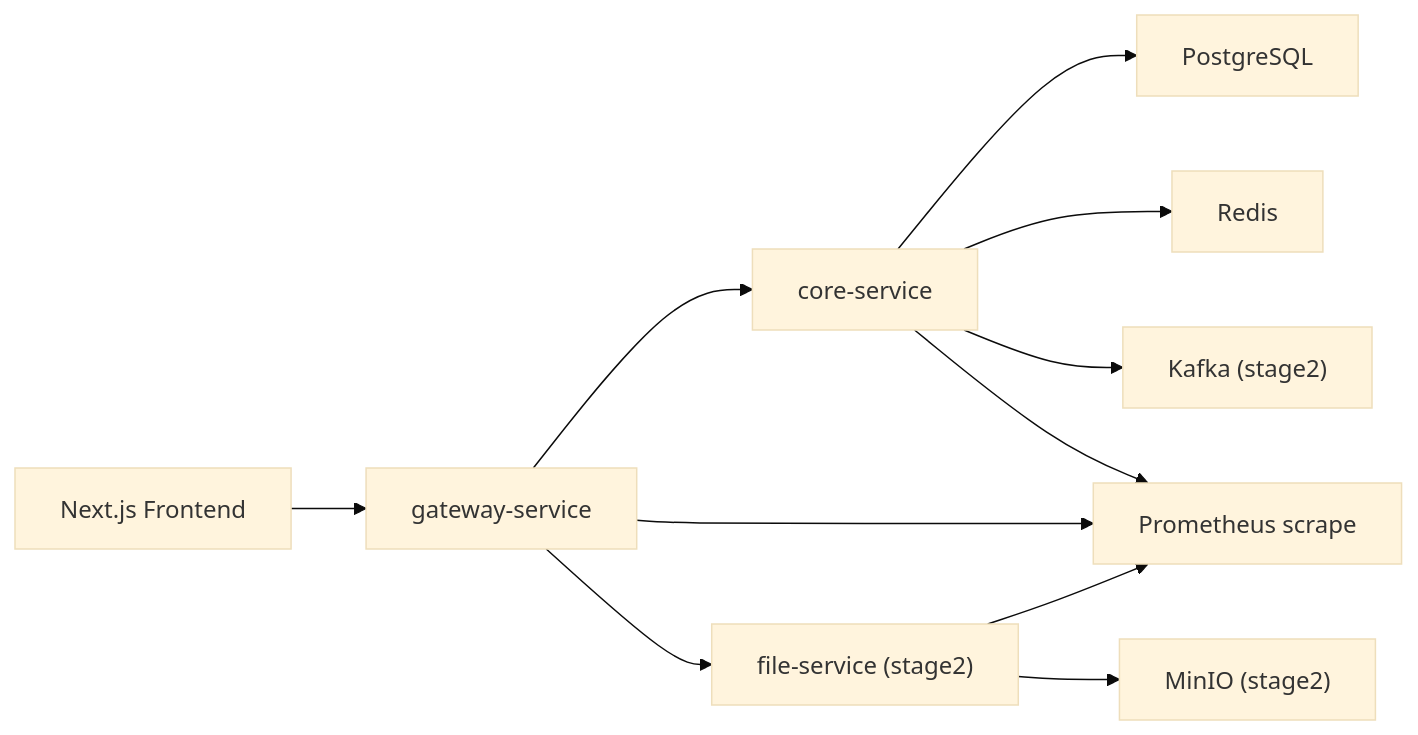
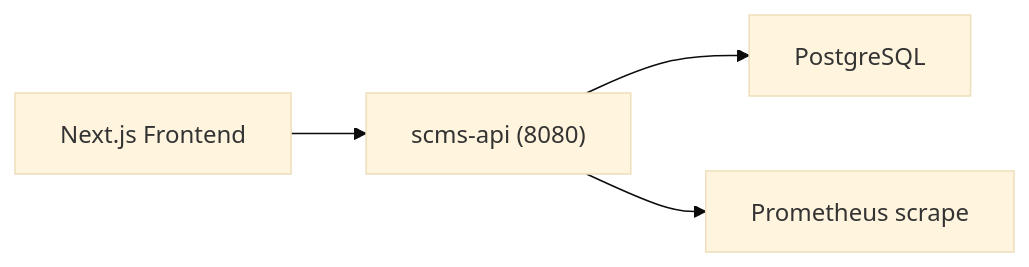
The diagram in backend/docs/architecture.md (sr14795048721/SCMS-neo), drawn with Mermaid (base theme) before and after one commit. The commit also changed other lines of this file and 598 other files, not shown here.

First line of the commit message:
单体化重构：移除网关/文件服务/Redis/Kafka，合并为单服务 scms-api

````diff
--- a/backend/docs/architecture.md
+++ b/backend/docs/architecture.md
@@ -3,13 +3,6 @@
 ```mermaid
 flowchart LR
-  FE["Next.js Frontend"] --> GW["gateway-service"]
-  GW --> CORE["core-service"]
-  GW --> FILE["file-service (stage2)"]
-  CORE --> PG["PostgreSQL"]
-  CORE --> REDIS["Redis"]
-  CORE --> KAFKA["Kafka (stage2)"]
-  FILE --> MINIO["MinIO (stage2)"]
-  CORE --> PROM["Prometheus scrape"]
-  GW --> PROM
-  FILE --> PROM
+  FE["Next.js Frontend"] --> API["scms-api (8080)"]
+  API --> PG["PostgreSQL"]
+  API --> PROM["Prometheus scrape"]
 ```
````
